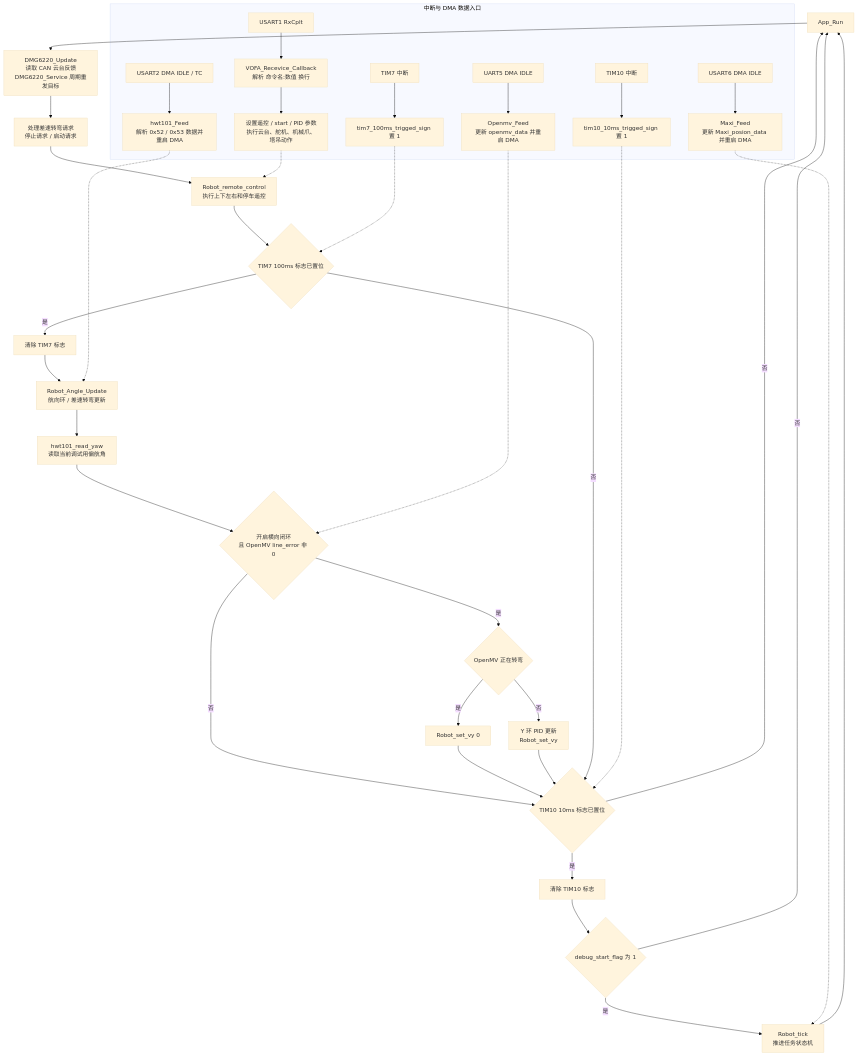
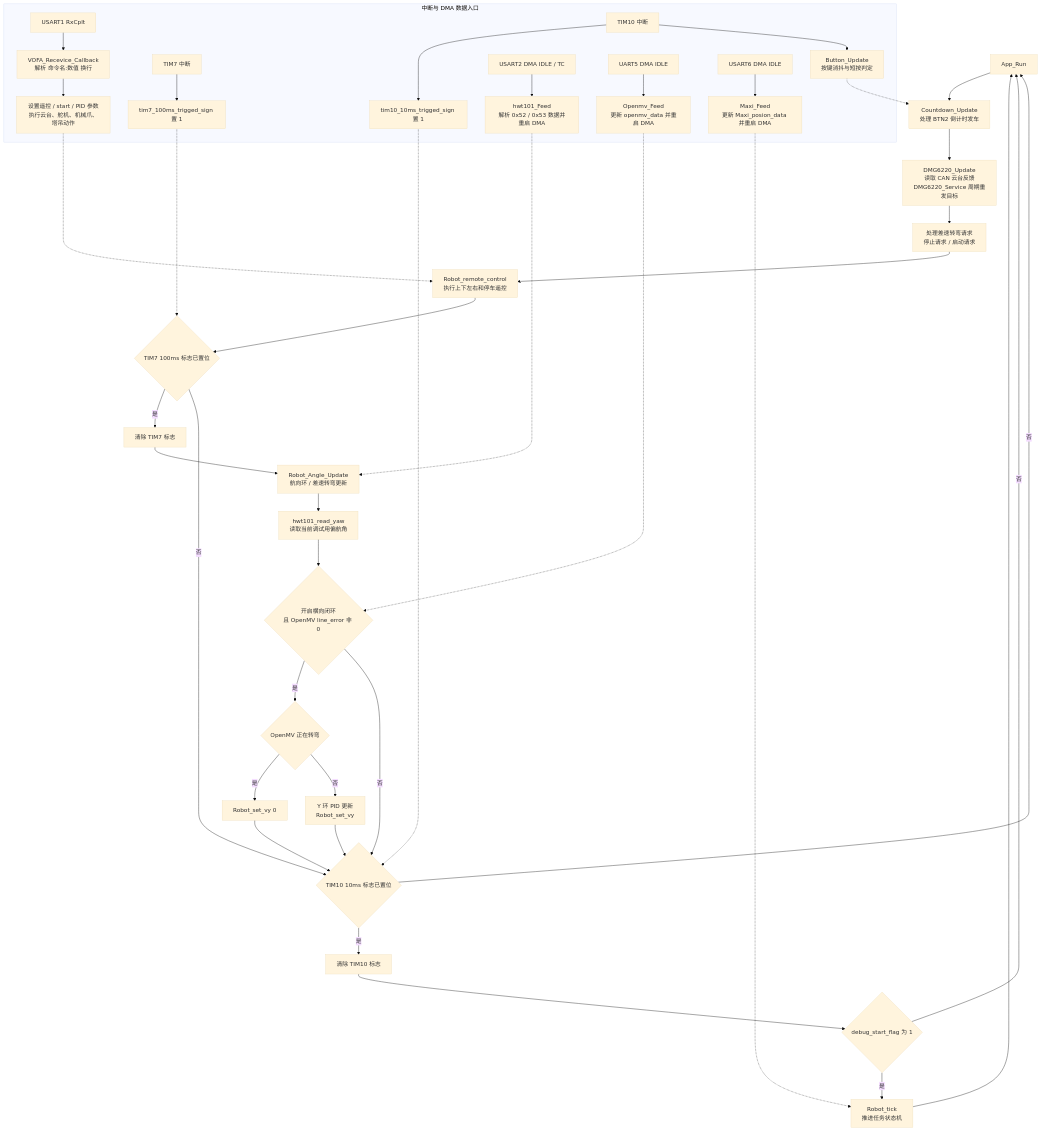
One commit to Bury621/2026GECS changed the second of 4 diagrams in README.md. Above: the diagram before and after it, drawn with Mermaid (base theme). The commit also changed other lines of this file and 3 other files, not shown here.

````diff
--- a/README.md
+++ b/README.md
@@ -282,44 +308,47 @@
 ```mermaid
 flowchart TD
-    LOOP["App_Run"] --> CAN["DMG6220_Update<br/>读取 CAN 云台反馈<br/>DMG6220_Service 周期重发目标"]
+    LOOP["App_Run"] --> COUNTDOWN["Countdown_Update<br/>处理 BTN2 倒计时发车"]
+    COUNTDOWN --> CAN["DMG6220_Update<br/>读取 CAN 云台反馈<br/>DMG6220_Service 周期重发目标"]
     CAN --> DIFF_REQ["处理差速转弯请求<br/>停止请求 / 启动请求"]
     DIFF_REQ --> REMOTE["Robot_remote_control<br/>执行上下左右和停车遥控"]
     REMOTE --> TIM7_CHECK{"TIM7 100ms 标志已置位"}
 
     TIM7_CHECK -->|"是"| TIM7_CLEAR["清除 TIM7 标志"]
     TIM7_CLEAR --> ANGLE["Robot_Angle_Update<br/>航向环 / 差速转弯更新"]
     ANGLE --> YAW["hwt101_read_yaw<br/>读取当前调试用偏航角"]
     YAW --> Y_OPEN{"开启横向闭环<br/>且 OpenMV line_error 非 0"}
     Y_OPEN -->|"是"| TURNING_STATE{"OpenMV 正在转弯"}
     TURNING_STATE -->|"是"| VY_ZERO["Robot_set_vy 0"]
     TURNING_STATE -->|"否"| VY_PID["Y 环 PID 更新<br/>Robot_set_vy"]
     Y_OPEN -->|"否"| TIM10_CHECK
     VY_ZERO --> TIM10_CHECK
     VY_PID --> TIM10_CHECK
     TIM7_CHECK -->|"否"| TIM10_CHECK
 
     TIM10_CHECK{"TIM10 10ms 标志已置位"}
     TIM10_CHECK -->|"是"| TIM10_CLEAR["清除 TIM10 标志"]
     TIM10_CLEAR --> START_CHECK{"debug_start_flag 为 1"}
     START_CHECK -->|"是"| TASK_TICK["Robot_tick<br/>推进任务状态机"]
     START_CHECK -->|"否"| LOOP
     TASK_TICK --> LOOP
     TIM10_CHECK -->|"否"| LOOP
 
     subgraph IRQ["中断与 DMA 数据入口"]
         USART1_IRQ["USART1 RxCplt"] --> VOFA_FEED["VOFA_Recevice_Callback<br/>解析 命令名:数值 换行"]
         VOFA_FEED --> VOFA_CMD["设置遥控 / start / PID 参数<br/>执行云台、舵机、机械爪、塔吊动作"]
         TIM7_IRQ["TIM7 中断"] --> FLAG7["tim7_100ms_trigged_sign 置 1"]
         TIM10_IRQ["TIM10 中断"] --> FLAG10["tim10_10ms_trigged_sign 置 1"]
+        TIM10_IRQ --> BTN_UPDATE["Button_Update<br/>按键消抖与短按判定"]
         USART2_IRQ["USART2 DMA IDLE / TC"] --> HWT_FEED["hwt101_Feed<br/>解析 0x52 / 0x53 数据并重启 DMA"]
         UART5_IRQ["UART5 DMA IDLE"] --> OPENMV_FEED["Openmv_Feed<br/>更新 openmv_data 并重启 DMA"]
         USART6_IRQ["USART6 DMA IDLE"] --> MAXI_FEED["Maxi_Feed<br/>更新 Maxi_posion_data 并重启 DMA"]
     end
 
     FLAG7 -.-> TIM7_CHECK
     FLAG10 -.-> TIM10_CHECK
     VOFA_CMD -.-> REMOTE
     HWT_FEED -.-> ANGLE
     OPENMV_FEED -.-> Y_OPEN
     MAXI_FEED -.-> TASK_TICK
+    BTN_UPDATE -.-> COUNTDOWN
 ```
````
